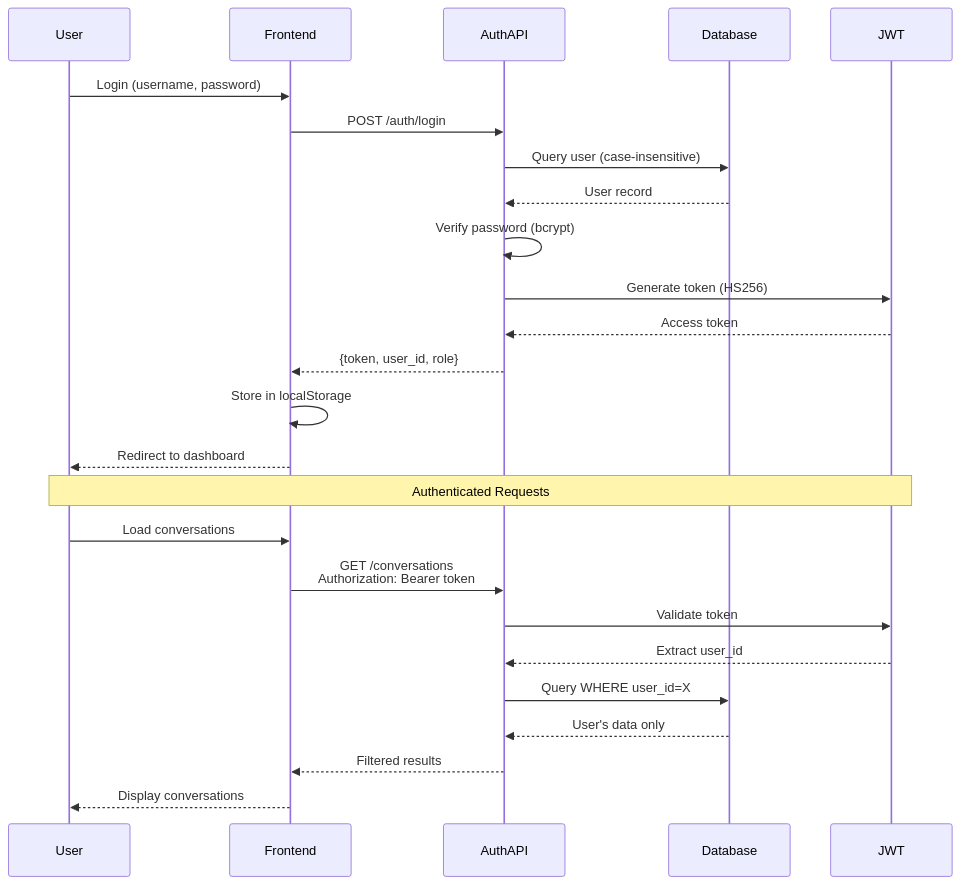
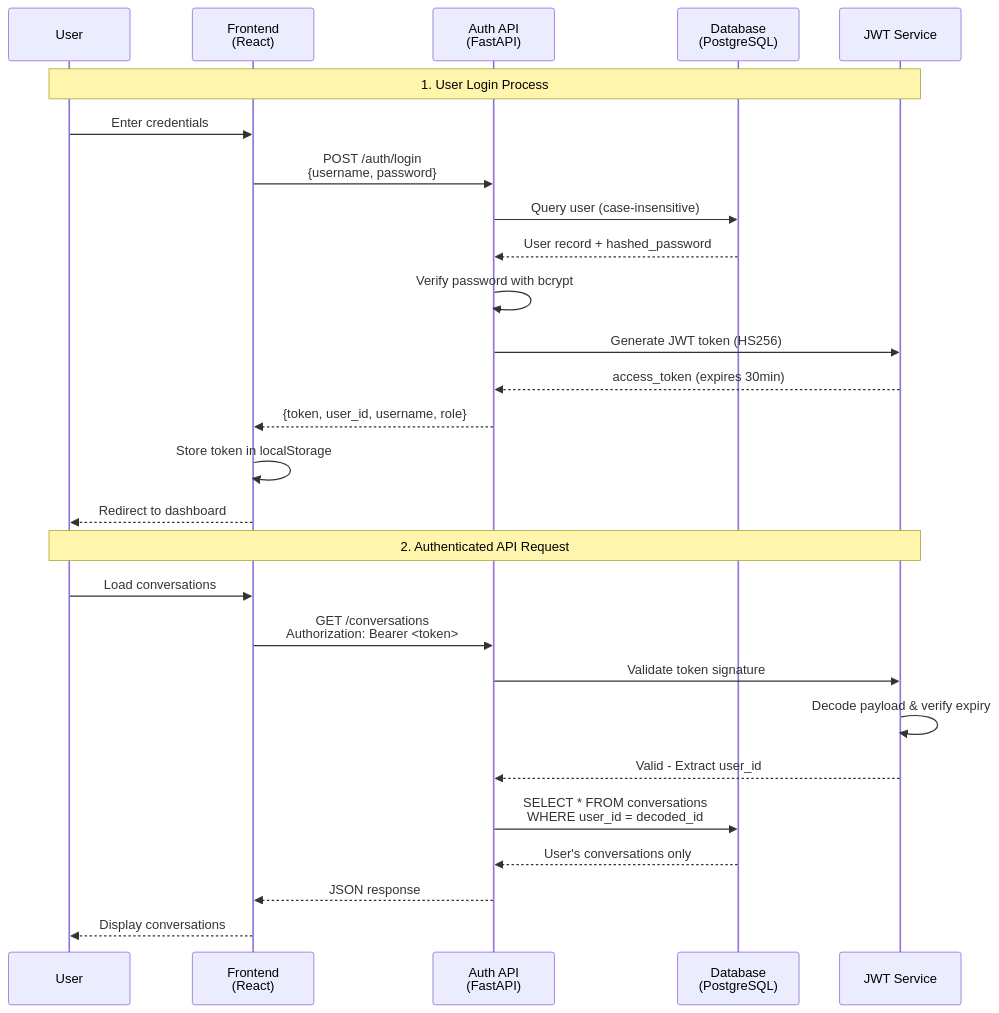
The fourth of 13 diagrams in README.md (yash-ganatra/legacy-banking-dev-assistant), drawn with Mermaid before and after one commit. The commit also changed other lines of this file, not shown here.

````diff
--- a/README.md
+++ b/README.md
@@ -175,29 +232,31 @@
 ```mermaid
 sequenceDiagram
-    participant User
-    participant Frontend
-    participant AuthAPI
-    participant Database
-    participant JWT
+    participant U as User
+    participant F as Frontend<br/>(React)
+    participant A as Auth API<br/>(FastAPI)
+    participant D as Database<br/>(PostgreSQL)
+    participant J as JWT Service
     
-    User->>Frontend: Login (username, password)
-    Frontend->>AuthAPI: POST /auth/login
-    AuthAPI->>Database: Query user (case-insensitive)
-    Database-->>AuthAPI: User record
-    AuthAPI->>AuthAPI: Verify password (bcrypt)
-    AuthAPI->>JWT: Generate token (HS256)
-    JWT-->>AuthAPI: Access token
-    AuthAPI-->>Frontend: {token, user_id, role}
-    Frontend->>Frontend: Store in localStorage
-    Frontend-->>User: Redirect to dashboard
+    Note over U,J: 1. User Login Process
+    U->>F: Enter credentials
+    F->>A: POST /auth/login<br/>{username, password}
+    A->>D: Query user (case-insensitive)
+    D-->>A: User record + hashed_password
+    A->>A: Verify password with bcrypt
+    A->>J: Generate JWT token (HS256)
+    J-->>A: access_token (expires 30min)
+    A-->>F: {token, user_id, username, role}
+    F->>F: Store token in localStorage
+    F-->>U: Redirect to dashboard
     
-    Note over User,JWT: Authenticated Requests
-    User->>Frontend: Load conversations
-    Frontend->>AuthAPI: GET /conversations<br/>Authorization: Bearer token
-    AuthAPI->>JWT: Validate token
-    JWT-->>AuthAPI: Extract user_id
-    AuthAPI->>Database: Query WHERE user_id=X
-    Database-->>AuthAPI: User's data only
-    AuthAPI-->>Frontend: Filtered results
-    Frontend-->>User: Display conversations
+    Note over U,J: 2. Authenticated API Request
+    U->>F: Load conversations
+    F->>A: GET /conversations<br/>Authorization: Bearer <token>
+    A->>J: Validate token signature
+    J->>J: Decode payload & verify expiry
+    J-->>A: Valid - Extract user_id
+    A->>D: SELECT * FROM conversations<br/>WHERE user_id = decoded_id
+    D-->>A: User's conversations only
+    A-->>F: JSON response
+    F-->>U: Display conversations
 ```
````
